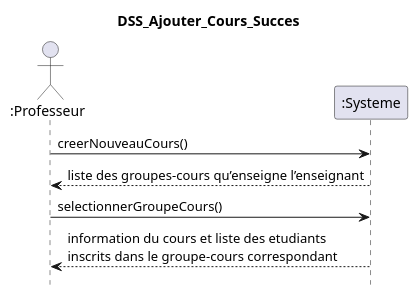
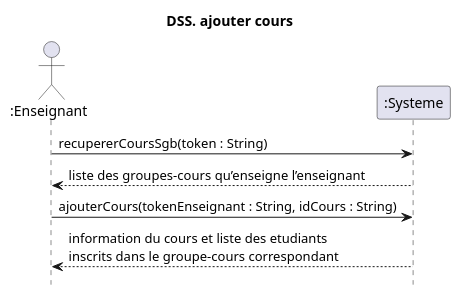
One commit to nerdz88/SGA-TS changed the diagram in docs/DSS_Ajouter_Cours.puml. Above: the diagram before and after it, drawn with PlantUML. The commit also changed other lines of this file and 9 other files, not shown here.

Commit message:
Refacto de ajouter cours

```diff
--- a/docs/DSS_Ajouter_Cours.puml
+++ b/docs/DSS_Ajouter_Cours.puml
@@ -1,11 +1,11 @@
 @startuml DSS_Ajouter_Cours_Succes
-title DSS_Ajouter_Cours_Succes
+title DSS. ajouter cours
 hide footbox
-actor ":Professeur" as prof
+actor ":Enseignant" as prof
 participant ":Systeme" as sys
 
-prof -> sys : creerNouveauCours()
+prof -> sys : recupererCoursSgb(token : String)
 sys --> prof : liste des groupes-cours qu’enseigne l’enseignant
-prof -> sys : selectionnerGroupeCours()
+prof -> sys : ajouterCours(tokenEnseignant : String, idCours : String)
 sys --> prof : information du cours et liste des etudiants\ninscrits dans le groupe-cours correspondant
 @enduml
```
